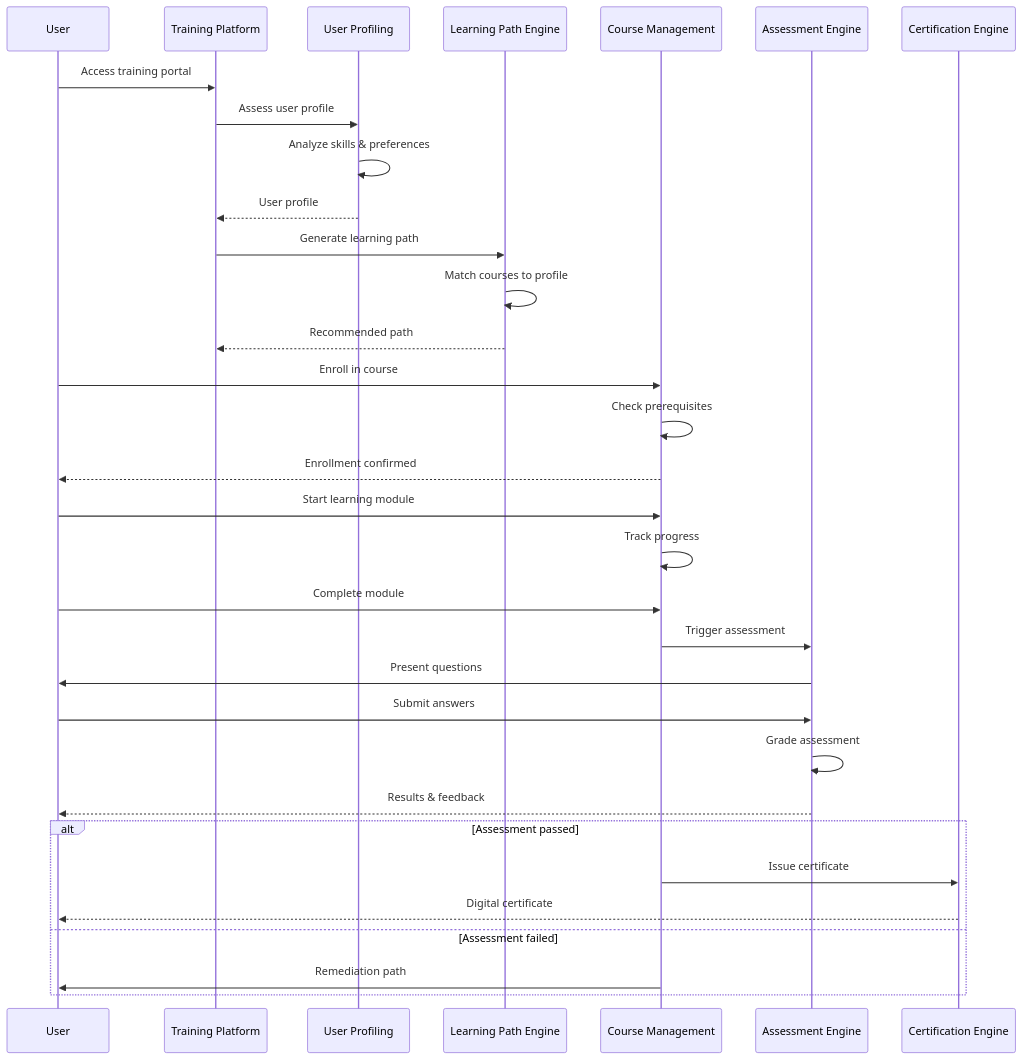
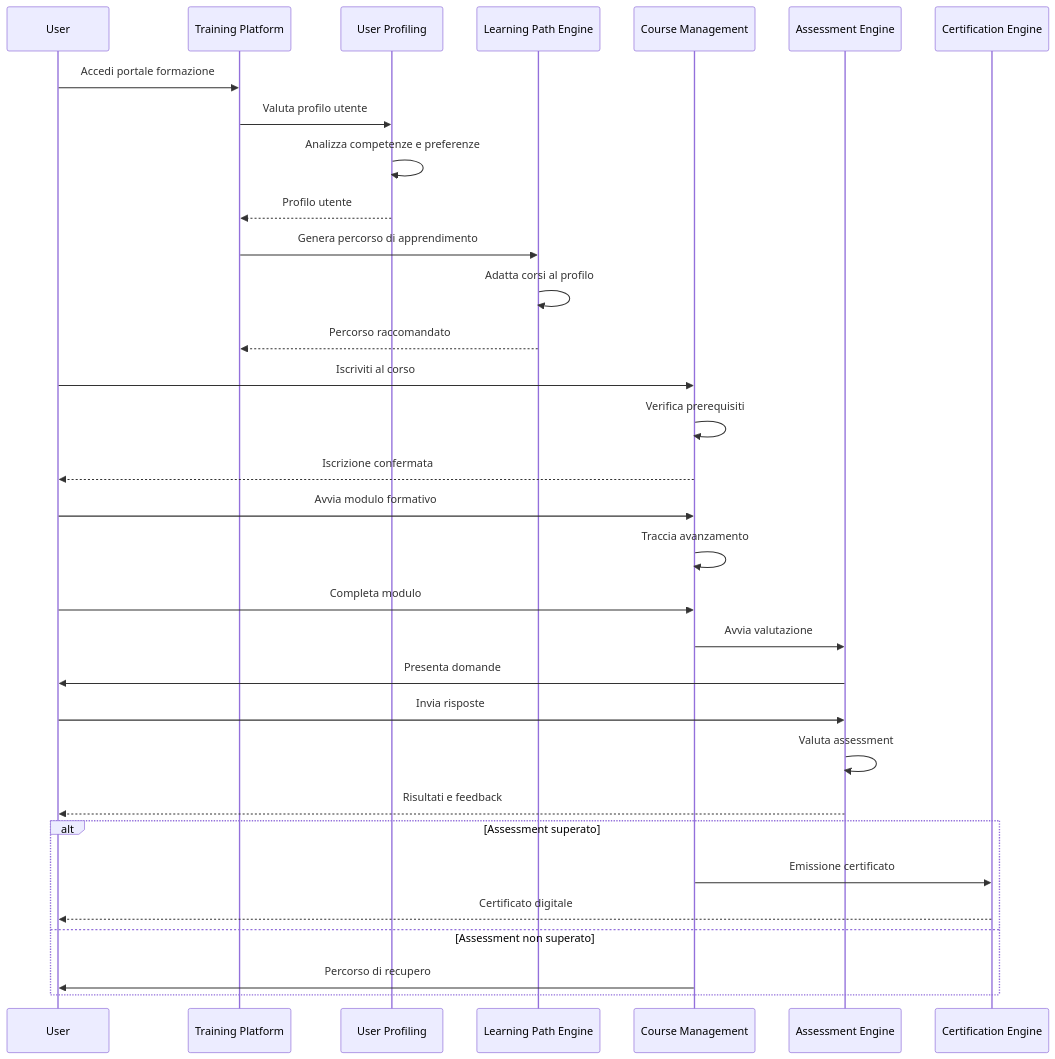
Before and after one commit to gianlucaciarcelluti/Interzen.ZenIA: the sixth of 9 diagrams in docs/use_cases/UC10 - Supporto all'Utente/03-SEQUENCES.md, drawn with Mermaid. The commit also changed other lines of this file and 14 other files, not shown here.

````diff
--- a/docs/use_cases/UC10 - Supporto all'Utente/03-SEQUENCES.md
+++ b/docs/use_cases/UC10 - Supporto all'Utente/03-SEQUENCES.md
@@ -203,41 +203,41 @@
 ```mermaid
 sequenceDiagram
     participant U as User
     participant TP as Training Platform
     participant UP as User Profiling
     participant LP as Learning Path Engine
     participant CM as Course Management
     participant AS as Assessment Engine
     participant CE as Certification Engine
 
-    U->>TP: Access training portal
-    TP->>UP: Assess user profile
-    UP->>UP: Analyze skills & preferences
-    UP-->>TP: User profile
+    U->>TP: Accedi portale formazione
+    TP->>UP: Valuta profilo utente
+    UP->>UP: Analizza competenze e preferenze
+    UP-->>TP: Profilo utente
 
-    TP->>LP: Generate learning path
-    LP->>LP: Match courses to profile
-    LP-->>TP: Recommended path
+    TP->>LP: Genera percorso di apprendimento
+    LP->>LP: Adatta corsi al profilo
+    LP-->>TP: Percorso raccomandato
 
-    U->>CM: Enroll in course
-    CM->>CM: Check prerequisites
-    CM-->>U: Enrollment confirmed
+    U->>CM: Iscriviti al corso
+    CM->>CM: Verifica prerequisiti
+    CM-->>U: Iscrizione confermata
 
-    U->>CM: Start learning module
-    CM->>CM: Track progress
-    U->>CM: Complete module
+    U->>CM: Avvia modulo formativo
+    CM->>CM: Traccia avanzamento
+    U->>CM: Completa modulo
 
-    CM->>AS: Trigger assessment
-    AS->>U: Present questions
-    U->>AS: Submit answers
+    CM->>AS: Avvia valutazione
+    AS->>U: Presenta domande
+    U->>AS: Invia risposte
 
-    AS->>AS: Grade assessment
-    AS-->>U: Results & feedback
+    AS->>AS: Valuta assessment
+    AS-->>U: Risultati e feedback
 
-    alt Assessment passed
-        CM->>CE: Issue certificate
-        CE-->>U: Digital certificate
-    else Assessment failed
-        CM->>U: Remediation path
+    alt Assessment superato
+        CM->>CE: Emissione certificato
+        CE-->>U: Certificato digitale
+    else Assessment non superato
+        CM->>U: Percorso di recupero
     end
 ```
````
